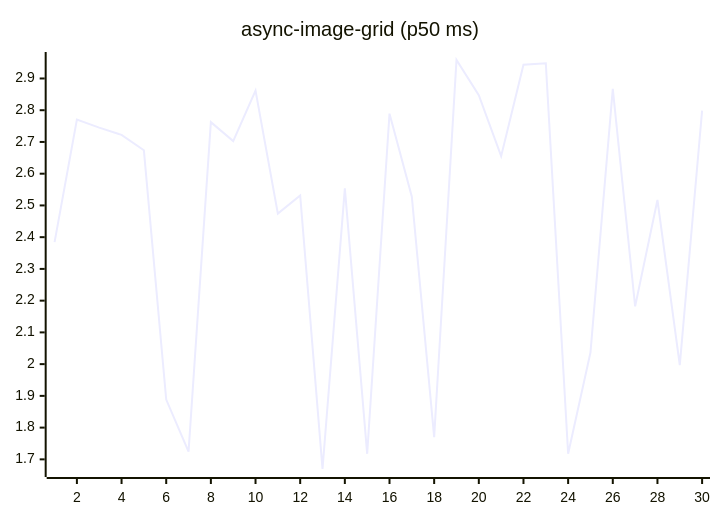
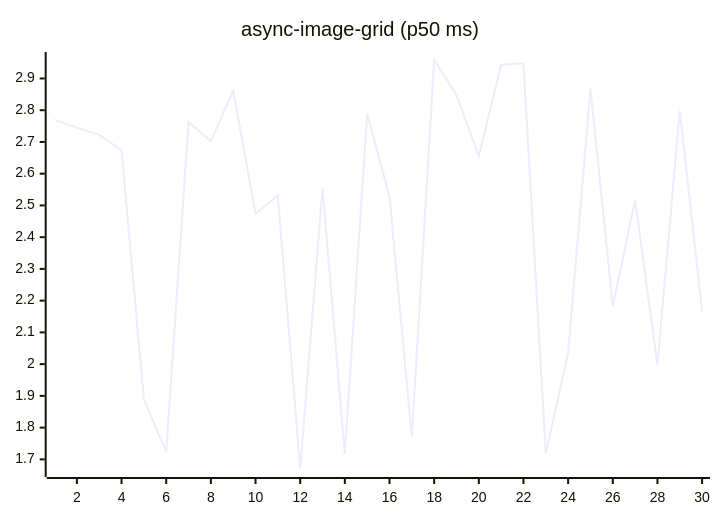
One commit to josha/Facet changed the fifth of 27 diagrams in README.md. Above: the diagram before and after it, drawn with Mermaid. The commit also changed other lines of this file and 2 other files, not shown here.

````diff
--- a/README.md
+++ b/README.md
@@ -91,6 +91,6 @@
 ```mermaid
 xychart-beta
     title "async-image-grid (p50 ms)"
     x-axis 1 --> 30
-    line [2.3845, 2.7705, 2.7451, 2.7222, 2.6737, 1.8884, 1.7244, 2.7624, 2.7026, 2.8617, 2.4742, 2.5316, 1.6696, 2.5539, 1.7175, 2.7892, 2.5277, 1.7701, 2.9582, 2.8471, 2.6552, 2.9433, 2.9481, 1.7177, 2.0365, 2.8674, 2.1819, 2.5171, 1.9970, 2.7988]
+    line [2.7705, 2.7451, 2.7222, 2.6737, 1.8884, 1.7244, 2.7624, 2.7026, 2.8617, 2.4742, 2.5316, 1.6696, 2.5539, 1.7175, 2.7892, 2.5277, 1.7701, 2.9582, 2.8471, 2.6552, 2.9433, 2.9481, 1.7177, 2.0365, 2.8674, 2.1819, 2.5171, 1.9970, 2.7988, 2.1671]
 ```
````
